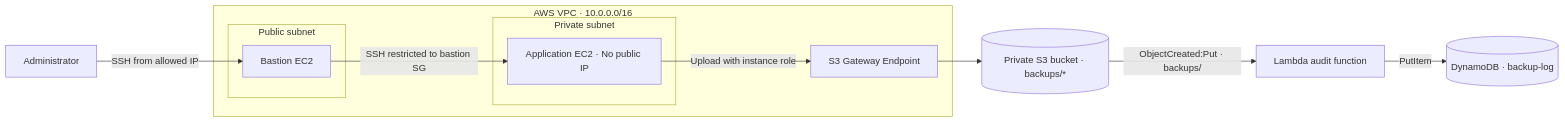
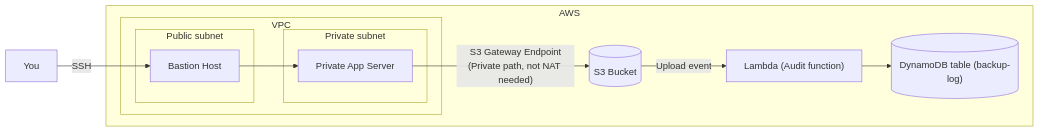
The diagram in architecture/architecture.mmd (gbadegesintestimony/aws-secure-backup-audit-pipeline), drawn with Mermaid before and after one commit. The commit also changed 3 other files, not shown here.

Commit message:
docs: replace architecture diagram with project assessment overview

```diff
--- a/architecture/architecture.mmd
+++ b/architecture/architecture.mmd
@@ -1,15 +1,18 @@
 flowchart LR
-    User[Administrator] -->|SSH from allowed IP| Bastion
-    subgraph VPC["AWS VPC · 10.0.0.0/16"]
-        subgraph Public[Public subnet]
-            Bastion[Bastion EC2]
+    You[You] -->|SSH| Bastion
+
+    subgraph AWS["AWS"]
+        subgraph VPC["VPC"]
+            subgraph Public["Public subnet"]
+                Bastion["Bastion Host"]
+            end
+            subgraph Private["Private subnet"]
+                App["Private App Server"]
+            end
+            Bastion --> App
         end
-        subgraph Private[Private subnet]
-            App[Application EC2 · No public IP]
-        end
-        Bastion -->|SSH restricted to bastion SG| App
-        App -->|Upload with instance role| S3Endpoint[S3 Gateway Endpoint]
+
+        App -->|"S3 Gateway Endpoint\n(Private path, not NAT needed)"| S3[("S3 Bucket")]
+        S3 -->|"Upload event"| Lambda["Lambda (Audit function)"]
+        Lambda --> Dynamo[("DynamoDB table (backup-log)")]
     end
-    S3Endpoint --> Bucket[(Private S3 bucket · backups/*)]
-    Bucket -->|ObjectCreated:Put · backups/| Lambda[Lambda audit function]
-    Lambda -->|PutItem| Dynamo[(DynamoDB · backup-log)]
```
